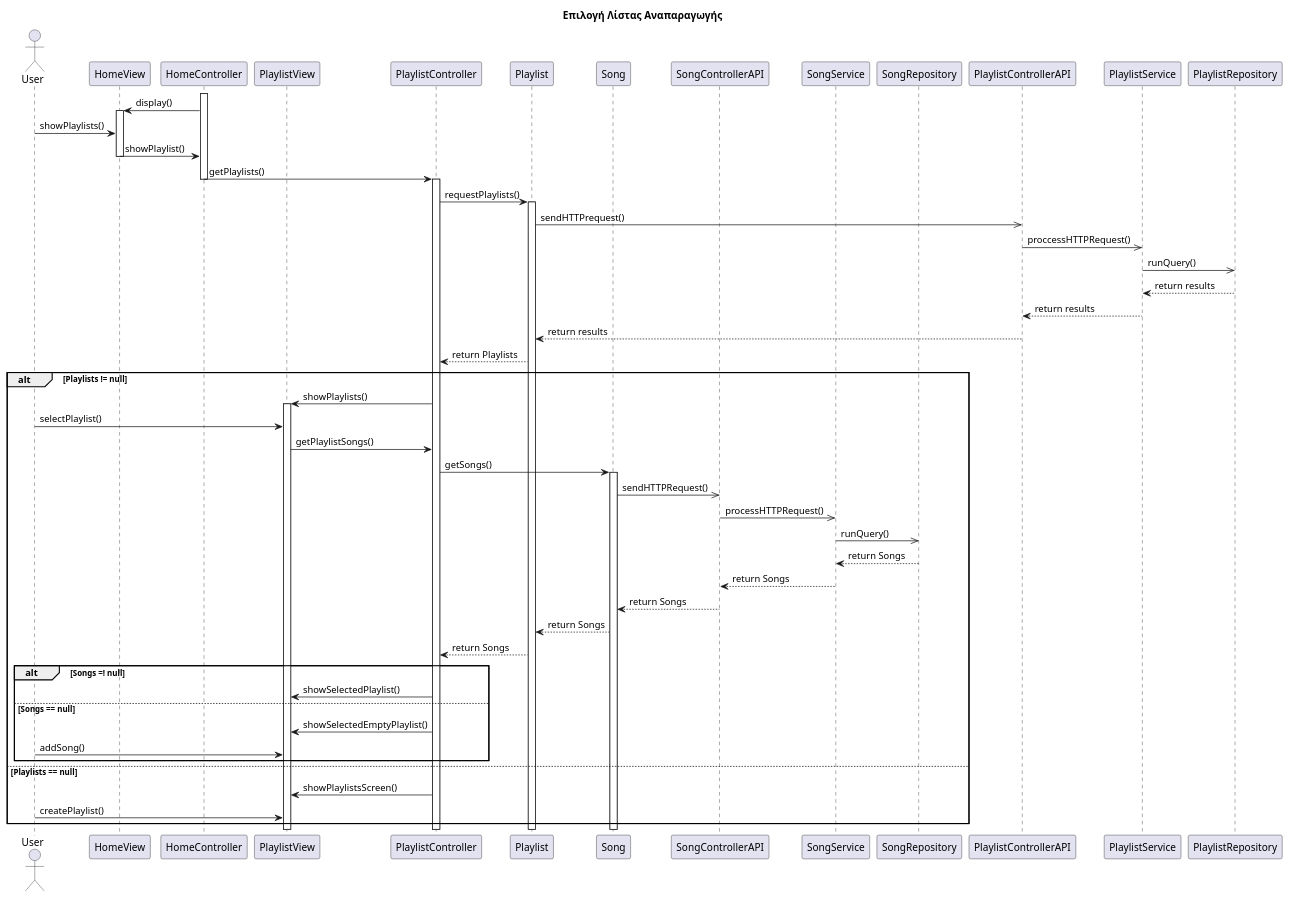
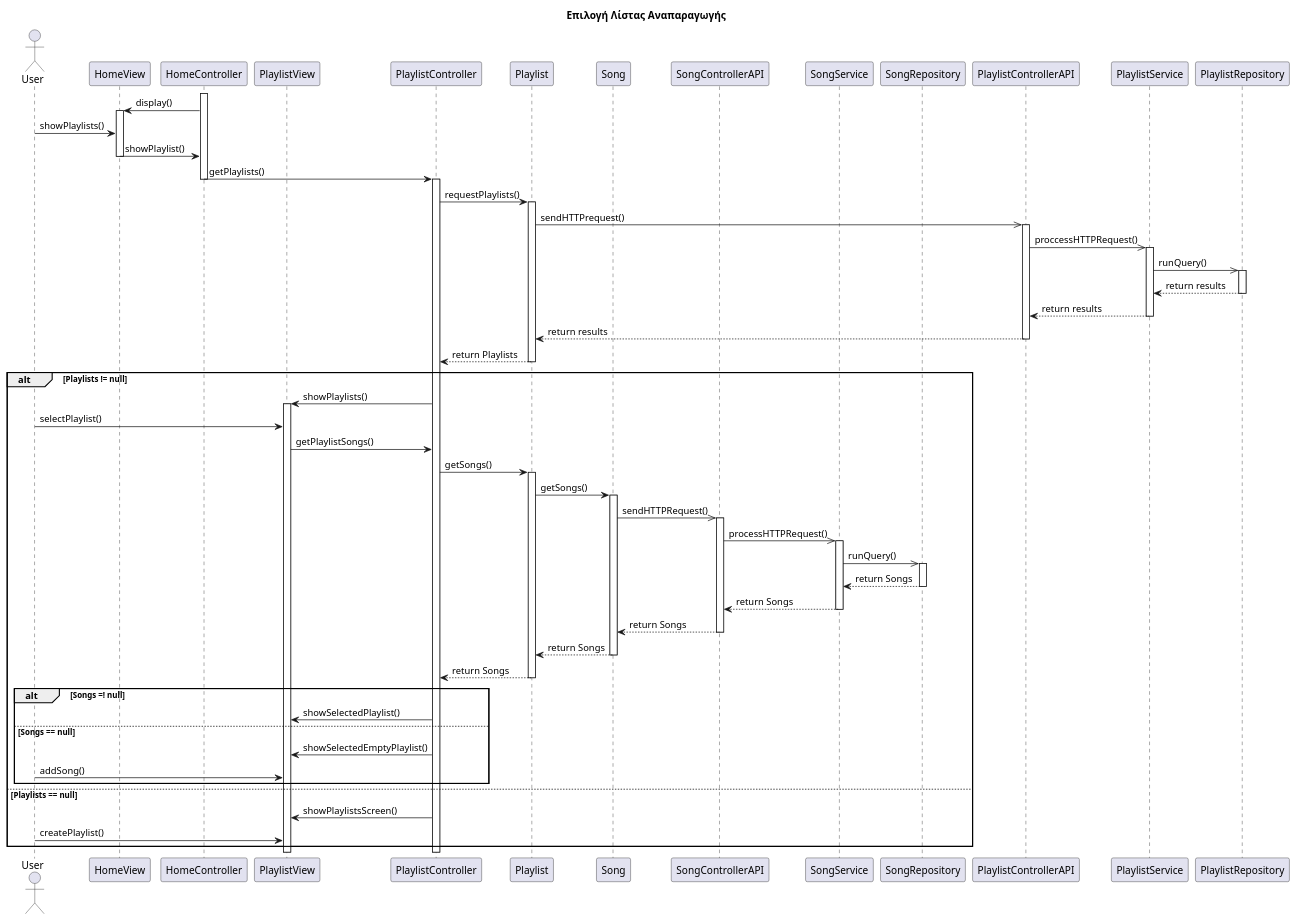
One commit to RubenKingCP/Tunix changed the diagram in Paradoteo_2/SequenceDiagram1.puml. Above: the diagram before and after it, drawn with PlantUML.

Commit message:
Forgot a few activations and deactivations

```diff
--- a/Paradoteo_2/SequenceDiagram1.puml
+++ b/Paradoteo_2/SequenceDiagram1.puml
@@ -1,63 +1,81 @@
 @startuml name
 
 title  Επιλογή Λίστας Αναπαραγωγής
 
 actor User
 participant HomeView
 participant HomeController
 participant PlaylistView
 participant PlaylistController
 participant Playlist
 participant Song
 participant SongControllerAPI
 participant SongService
 participant SongRepository
 participant PlaylistControllerAPI
 participant PlaylistService
 participant PlaylistRepository
 activate HomeController
 HomeController -> HomeView : display()
 activate HomeView
 User -> HomeView : showPlaylists()
 HomeView -> HomeController : showPlaylist()
 deactivate HomeView
 HomeController -> PlaylistController : getPlaylists()
 deactivate HomeController
 activate PlaylistController
 
 PlaylistController -> Playlist : requestPlaylists()
 activate Playlist
 'async Διότι μπορεί να παίζει ήδη κάποιο playlist και να μην χρειάζεται να αναβληθεί η αναπαραγωγή των τραγουδιών για να κάνει fetch τα άλλα playlists
+
 Playlist ->> PlaylistControllerAPI : sendHTTPrequest()
+activate PlaylistControllerAPI
 PlaylistControllerAPI ->> PlaylistService : proccessHTTPRequest()
+activate PlaylistService
 PlaylistService ->> PlaylistRepository : runQuery()
+activate PlaylistRepository
 PlaylistRepository --> PlaylistService : return results
+deactivate PlaylistRepository
 PlaylistService --> PlaylistControllerAPI : return results
+deactivate PlaylistService
 PlaylistControllerAPI --> Playlist : return results
+deactivate PlaylistControllerAPI
 Playlist --> PlaylistController : return Playlists
+deactivate Playlist
 alt Playlists != null
     PlaylistController -> PlaylistView : showPlaylists()
     activate PlaylistView
     User -> PlaylistView : selectPlaylist()
     PlaylistView -> PlaylistController : getPlaylistSongs()
-    PlaylistController -> Song : getSongs()
+    PlaylistController -> Playlist : getSongs()
+    activate Playlist
+    Playlist -> Song : getSongs()
     activate Song
     Song ->> SongControllerAPI : sendHTTPRequest()
+    activate SongControllerAPI
     SongControllerAPI ->> SongService : processHTTPRequest()
+    activate SongService
     SongService ->> SongRepository : runQuery()
+    activate SongRepository
     SongRepository --> SongService : return Songs
+    deactivate SongRepository
     SongService --> SongControllerAPI : return Songs
+    deactivate SongService
     SongControllerAPI --> Song : return Songs
+    deactivate SongControllerAPI
     Song --> Playlist : return Songs
+    deactivate Song
     Playlist --> PlaylistController : return Songs
+    deactivate Playlist
     alt Songs =! null
         PlaylistController -> PlaylistView : showSelectedPlaylist()
     else Songs == null
         PlaylistController -> PlaylistView : showSelectedEmptyPlaylist()
         User -> PlaylistView : addSong()
     end
 else Playlists == null
     PlaylistController -> PlaylistView : showPlaylistsScreen()
     User -> PlaylistView : createPlaylist()
 end
 @enduml
```
